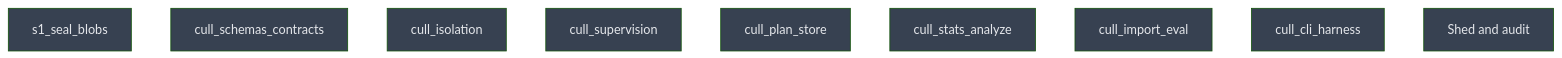
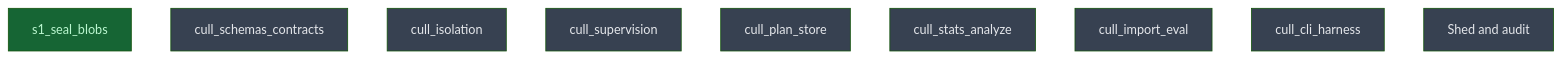
The diagram in __roadmap__/diet/README.md (CrackingShells/Candler), drawn with Mermaid (forest theme) before and after one commit. The commit also changed other lines of this file, not shown here.

Commit message:
rdm(api): mark s1_seal_blobs done

````diff
--- a/__roadmap__/diet/README.md
+++ b/__roadmap__/diet/README.md
@@ -21,17 +21,17 @@
 ```mermaid
 graph TD
-    s1_seal_blobs[s1_seal_blobs]:::planned
+    s1_seal_blobs[s1_seal_blobs]:::done
     cull_schemas_contracts[cull_schemas_contracts]:::planned
     cull_isolation[cull_isolation]:::planned
     cull_supervision[cull_supervision]:::planned
     cull_plan_store[cull_plan_store]:::planned
     cull_stats_analyze[cull_stats_analyze]:::planned
     cull_import_eval[cull_import_eval]:::planned
     cull_cli_harness[cull_cli_harness]:::planned
     shed[Shed and audit]:::planned
     classDef done       fill:#166534,color:#bbf7d0
     classDef inprogress fill:#854d0e,color:#fef08a
     classDef planned    fill:#374151,color:#e5e7eb
     classDef amendment  fill:#1e3a5f,color:#bfdbfe
     classDef blocked    fill:#7f1d1d,color:#fecaca
 ```
````
